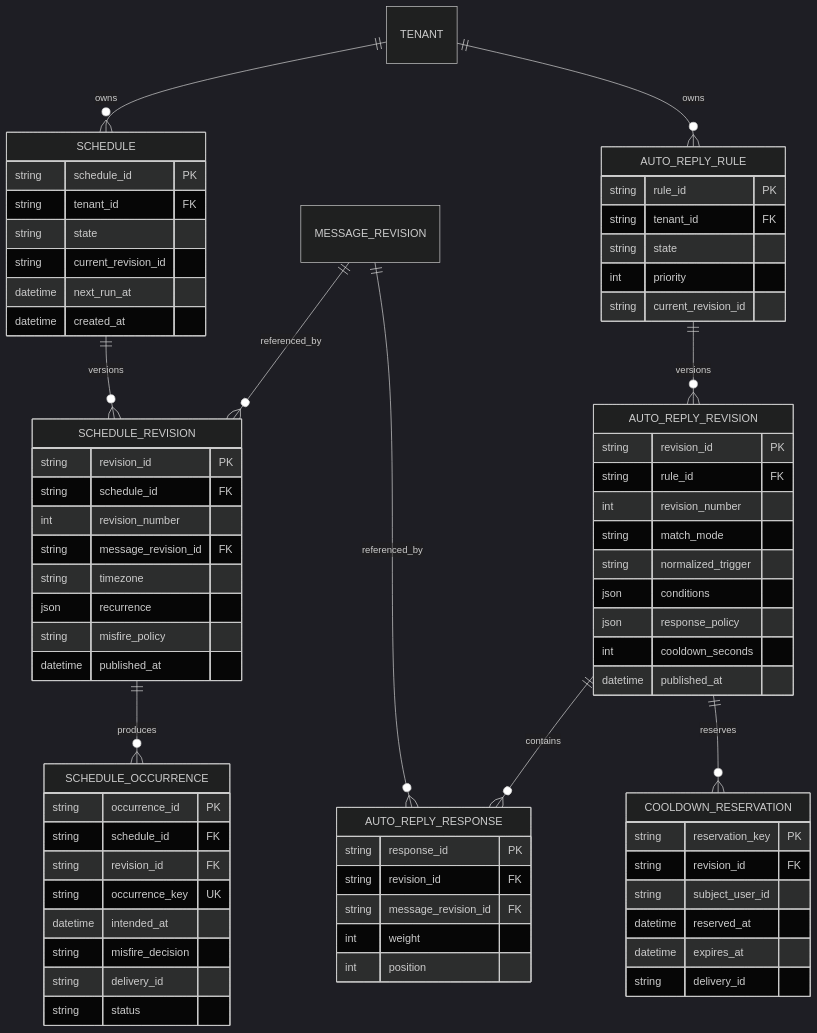
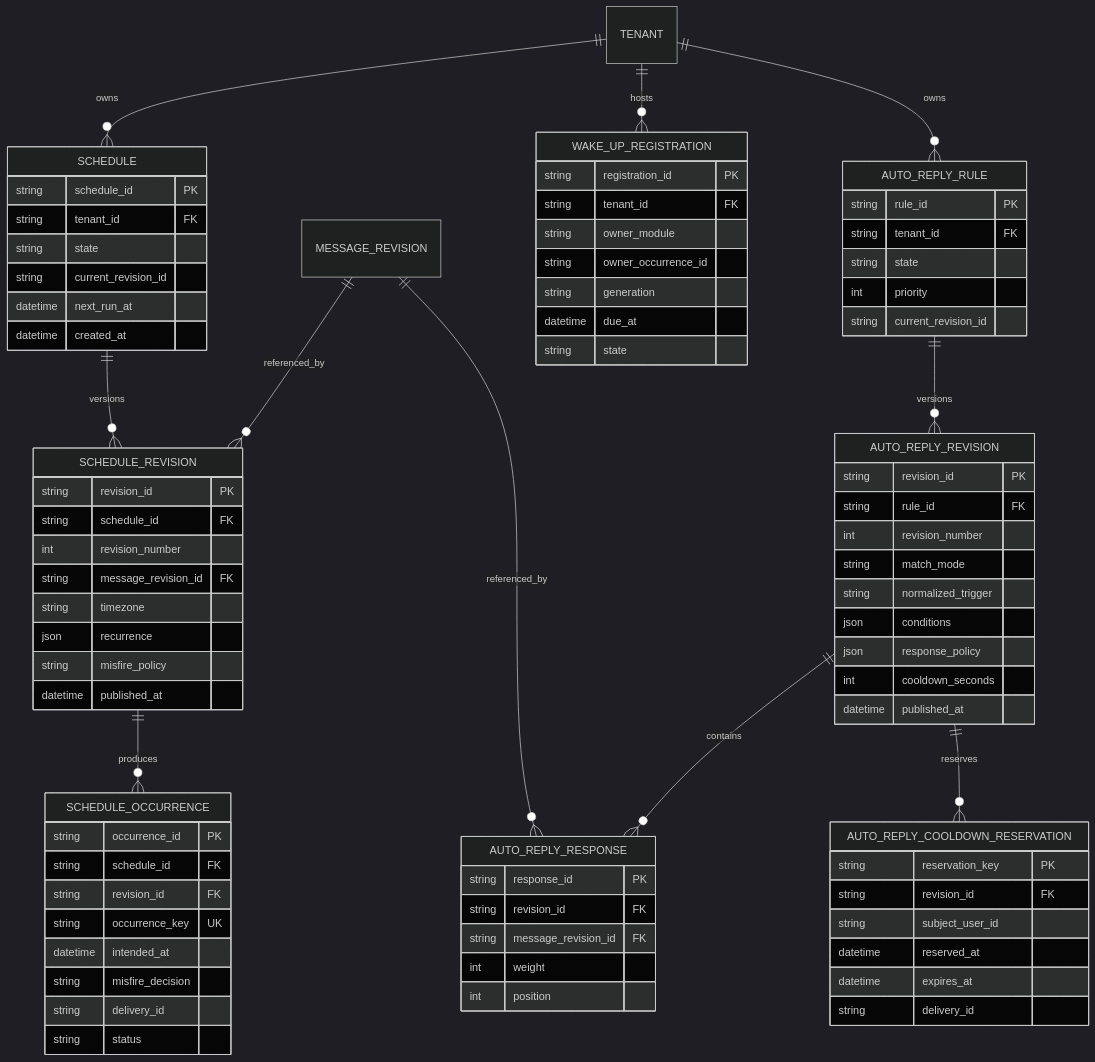
One commit to obsidia-systems/Discord-Bot-Open-Source changed the third of 3 diagrams in docs/architecture/07-data-core.md. Above: the diagram before and after it, drawn with Mermaid (dark theme). The commit also changed other lines of this file and 27 other files, not shown here.

First line of the commit message:
feat(architecture): add comprehensive architecture review documentation

```diff
--- a/docs/architecture/07-data-core.md
+++ b/docs/architecture/07-data-core.md
@@ -197,11 +248,12 @@
     SCHEDULE ||--o{ SCHEDULE_REVISION : versions
     SCHEDULE_REVISION ||--o{ SCHEDULE_OCCURRENCE : produces
     MESSAGE_REVISION ||--o{ SCHEDULE_REVISION : referenced_by
+    TENANT ||--o{ WAKE_UP_REGISTRATION : hosts
     TENANT ||--o{ AUTO_REPLY_RULE : owns
     AUTO_REPLY_RULE ||--o{ AUTO_REPLY_REVISION : versions
     AUTO_REPLY_REVISION ||--o{ AUTO_REPLY_RESPONSE : contains
     MESSAGE_REVISION ||--o{ AUTO_REPLY_RESPONSE : referenced_by
-    AUTO_REPLY_REVISION ||--o{ COOLDOWN_RESERVATION : reserves
+    AUTO_REPLY_REVISION ||--o{ AUTO_REPLY_COOLDOWN_RESERVATION : reserves
 
     SCHEDULE {
         string schedule_id PK
@@ -234,6 +286,16 @@
         string status
     }
 
+    WAKE_UP_REGISTRATION {
+        string registration_id PK
+        string tenant_id FK
+        string owner_module
+        string owner_occurrence_id
+        string generation
+        datetime due_at
+        string state
+    }
+
     AUTO_REPLY_RULE {
         string rule_id PK
         string tenant_id FK
@@ -262,7 +324,7 @@
         int position
     }
 
-    COOLDOWN_RESERVATION {
+    AUTO_REPLY_COOLDOWN_RESERVATION {
         string reservation_key PK
         string revision_id FK
         string subject_user_id
```
